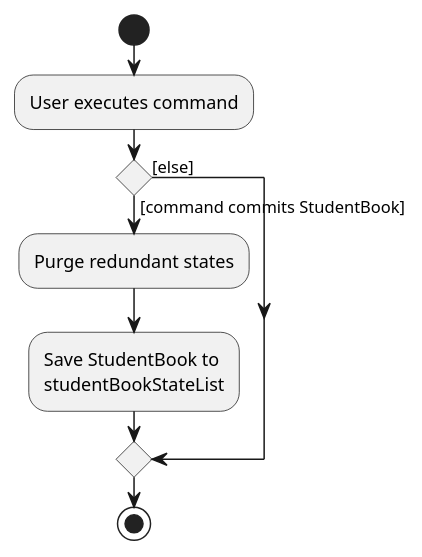
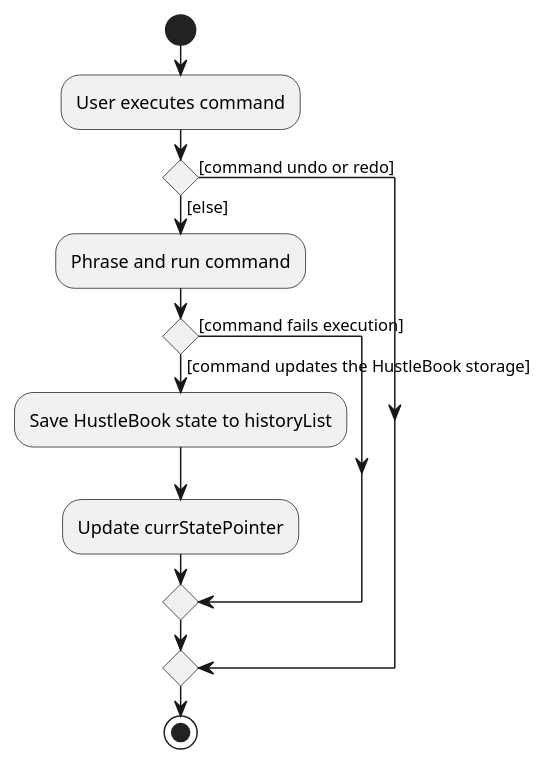
One commit to nus-cs2103-AY2122S2/tp changed the diagram in docs/diagrams/CommitActivityDiagram.puml. Above: the diagram before and after it, drawn with PlantUML. The commit also changed 20 other files, not shown here.

Commit message:
Update dg for undo command

```diff
--- a/docs/diagrams/CommitActivityDiagram.puml
+++ b/docs/diagrams/CommitActivityDiagram.puml
@@ -1,15 +1,18 @@
 @startuml
 start
 :User executes command;
 
 'Since the beta syntax does not support placing the condition outside the
 'diamond we place it as the true branch instead.
+if () then ([command undo or redo])
 
-if () then ([command commits StudentBook])
-    :Purge redundant states;
-    :Save StudentBook to
-    studentBookStateList;
 else ([else])
+    :Phrase and run command;
+    if () then ([command updates the HustleBook storage])
+        :Save HustleBook state to historyList;
+        :Update currStatePointer;
+    else ([command fails execution])
+    endif
 endif
 stop
 @enduml
```
